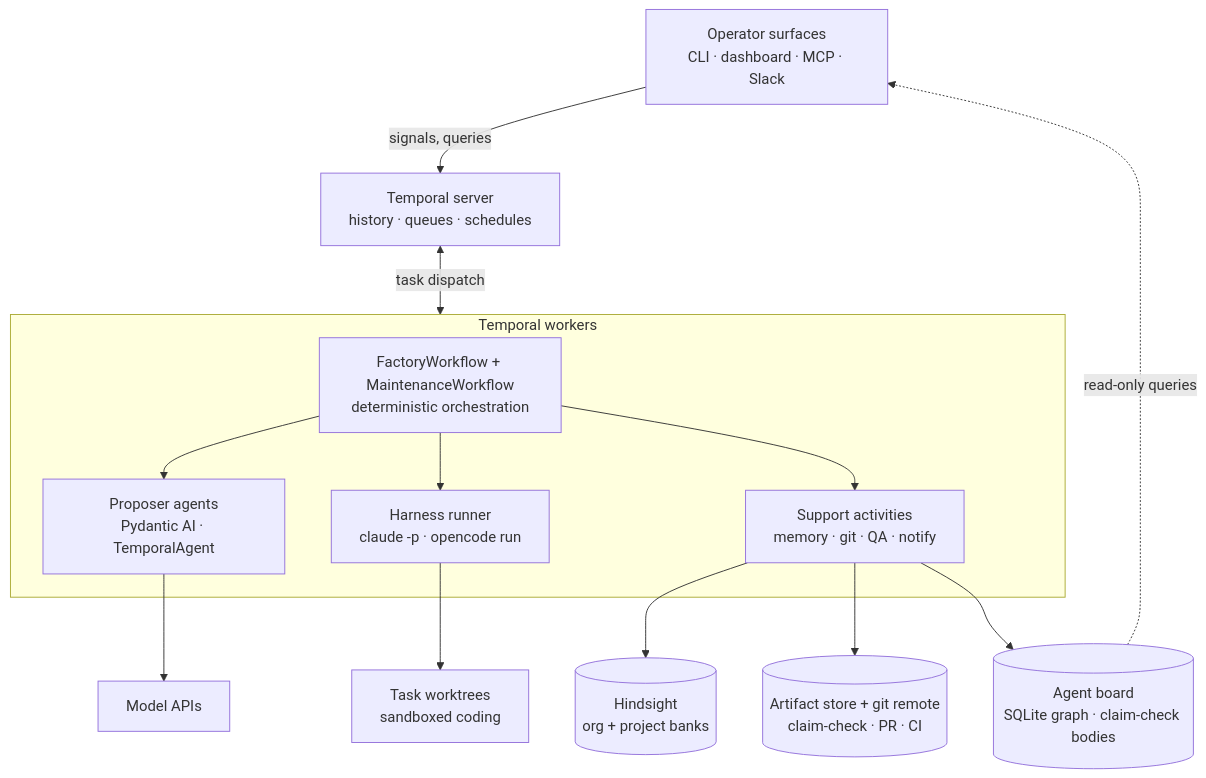
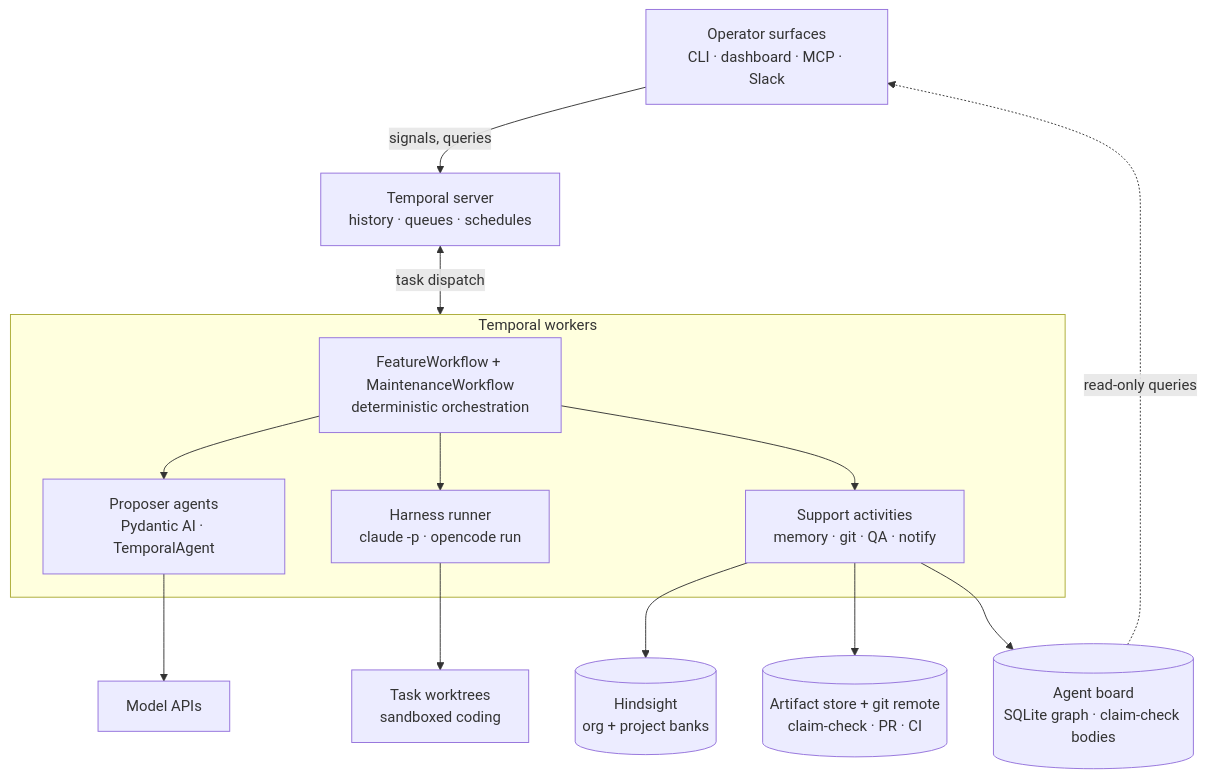
One commit to Kit-Kroker/Kroker changed the first of 3 diagrams in ARCHITECTURE.md. Above: the diagram before and after it, drawn with Mermaid. The commit also changed other lines of this file and 12 other files, not shown here.

First line of the commit message:
docs: split ROADMAP §§9-17 into docs/roadmap/, fix ARCHITECTURE drift

````diff
--- a/ARCHITECTURE.md
+++ b/ARCHITECTURE.md
@@ -30,19 +30,19 @@
 ```mermaid
 flowchart TB
     OP[Operator surfaces<br/>CLI · dashboard · MCP · Slack] -->|signals, queries| TS[Temporal server<br/>history · queues · schedules]
     TS <-->|task dispatch| W
 
     subgraph W[Temporal workers]
-        FW[FactoryWorkflow + MaintenanceWorkflow<br/>deterministic orchestration]
+        FW[FeatureWorkflow + MaintenanceWorkflow<br/>deterministic orchestration]
         FW --> PA[Proposer agents<br/>Pydantic AI · TemporalAgent]
         FW --> HR[Harness runner<br/>claude -p · opencode run]
         FW --> SA[Support activities<br/>memory · git · QA · notify]
     end
 
     HR --> WT[Task worktrees<br/>sandboxed coding]
     SA --> HS[(Hindsight<br/>org + project banks)]
     SA --> AR[(Artifact store + git remote<br/>claim-check · PR · CI)]
     SA --> BD[(Agent board<br/>SQLite graph · claim-check bodies)]
     BD -.->|read-only queries| OP
     PA --> LLM[Model APIs]
 ```
````
